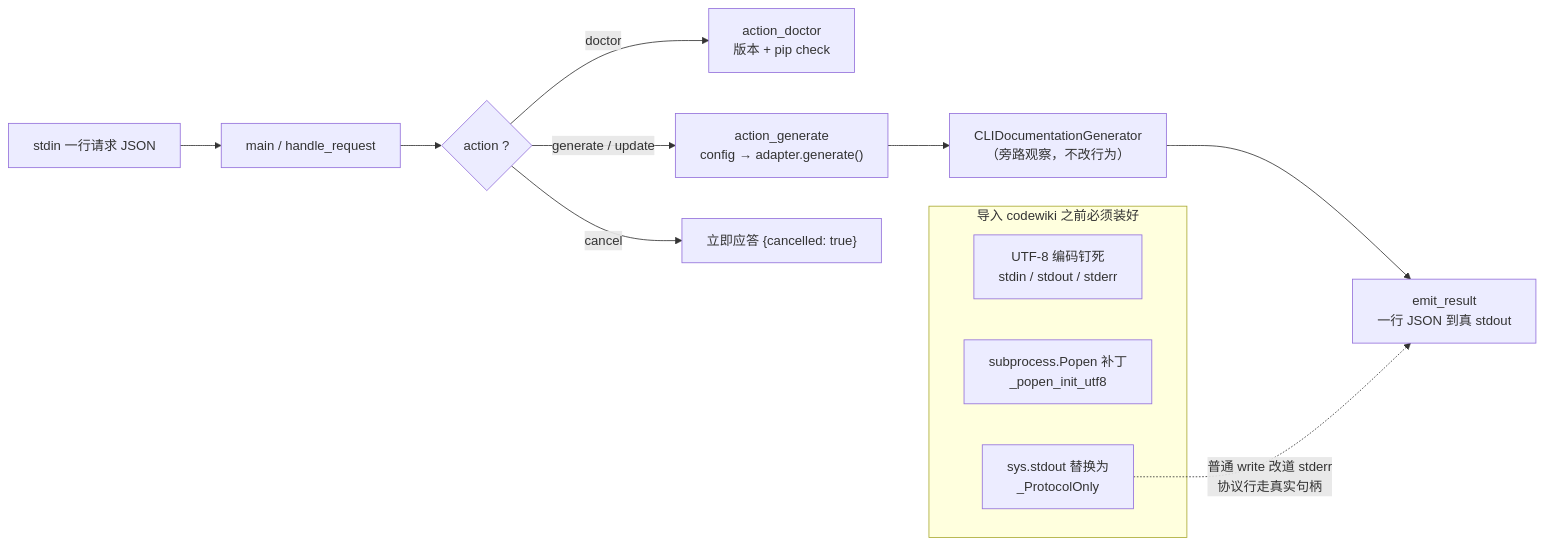
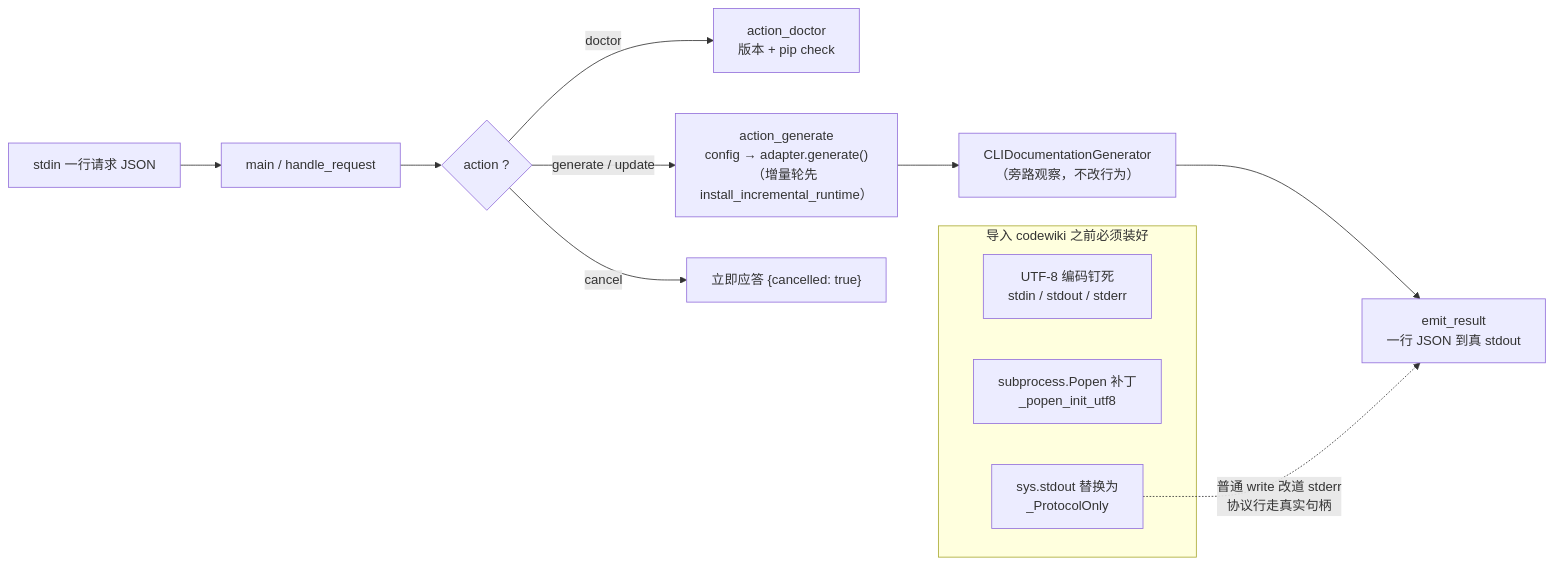
The fourth of 6 diagrams in .codewiki/modules/engine-core-contract.md (ikliml666/dsh-codewiki), drawn with Mermaid before and after one commit. The commit also changed other lines of this file and 17 other files, not shown here.

````diff
--- a/.codewiki/modules/engine-core-contract.md
+++ b/.codewiki/modules/engine-core-contract.md
@@ -128,17 +129,17 @@
 ```mermaid
 flowchart LR
     subgraph Guards["导入 codewiki 之前必须装好"]
         U["UTF-8 编码钉死<br/>stdin / stdout / stderr"]
         P["subprocess.Popen 补丁<br/>_popen_init_utf8"]
         S["sys.stdout 替换为<br/>_ProtocolOnly"]
     end
 
     Req["stdin 一行请求 JSON"] --> Main["main / handle_request"]
     Main --> A1{"action ?"}
     A1 -->|"doctor"| Doc["action_doctor<br/>版本 + pip check"]
-    A1 -->|"generate / update"| Gen["action_generate<br/>config → adapter.generate()"]
+    A1 -->|"generate / update"| Gen["action_generate<br/>config → adapter.generate()<br/>（增量轮先 install_incremental_runtime）"]
     A1 -->|"cancel"| Ack["立即应答 {cancelled: true}"]
     Gen --> FSoft["CLIDocumentationGenerator<br/>（旁路观察，不改行为）"]
     FSoft --> R["emit_result<br/>一行 JSON 到真 stdout"]
     S -.->|"普通 write 改道 stderr<br/>协议行走真实句柄"| R
 ```
````
